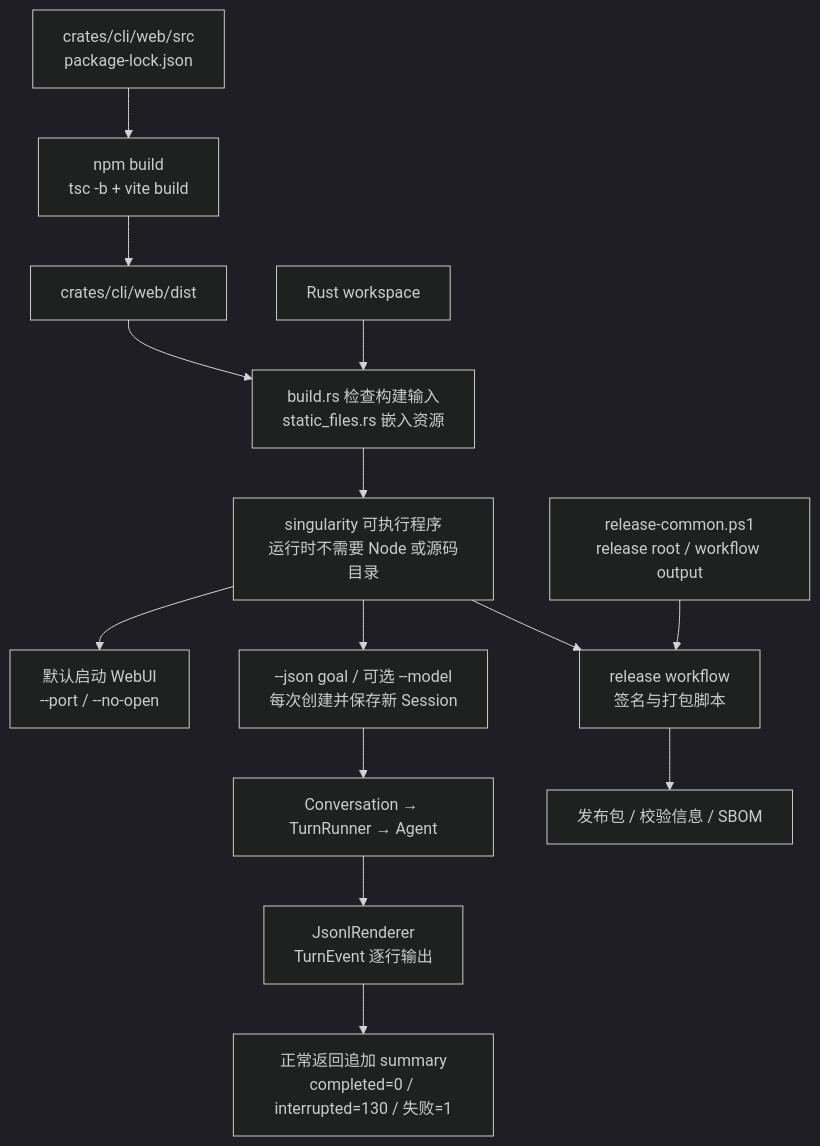
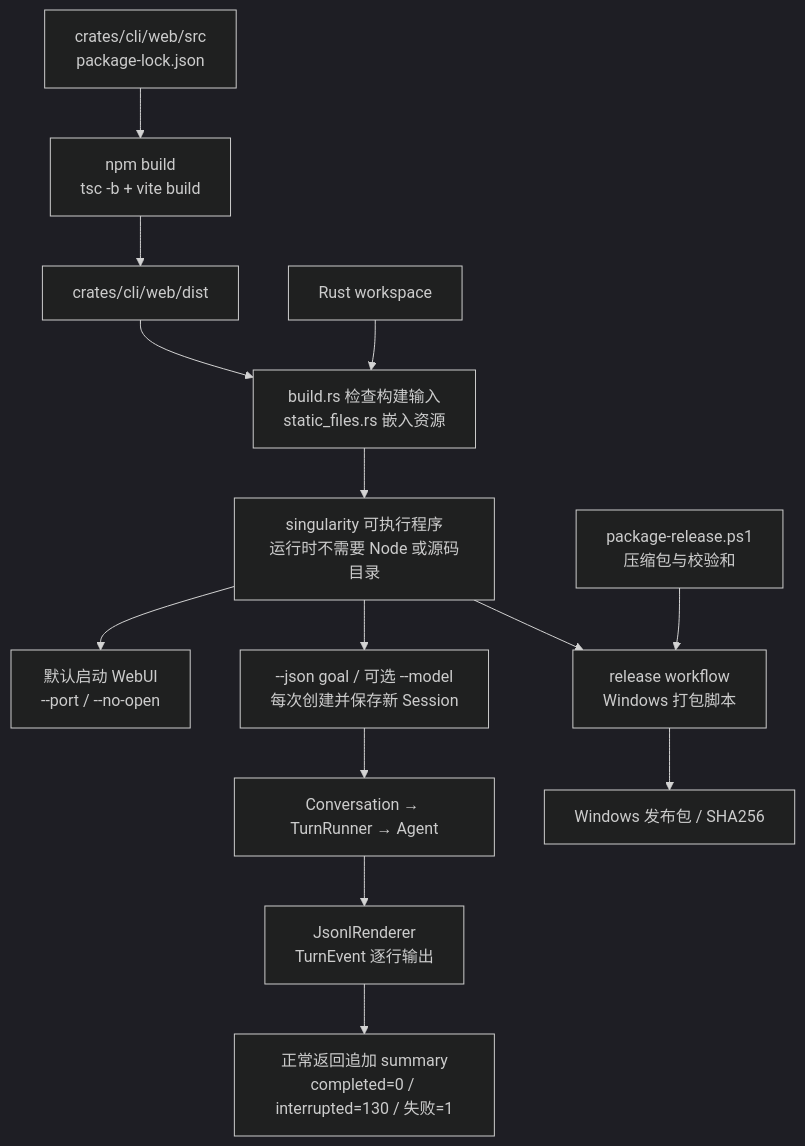
Before and after one commit to qjcnmd/singularity-agent: diagram 29 of 29 in docs/singularity.md, drawn with Mermaid (dark theme). The commit also changed other lines of this file and 99 other files, not shown here.

````diff
--- a/docs/singularity.md
+++ b/docs/singularity.md
@@ -765,16 +758,16 @@
 ```mermaid
 flowchart TB
     React["crates/cli/web/src<br/>package-lock.json"] --> Build["npm build<br/>tsc -b + vite build"]
     Build --> Dist["crates/cli/web/dist"]
     Dist --> Cargo["build.rs 检查构建输入<br/>static_files.rs 嵌入资源"]
     Rust["Rust workspace"] --> Cargo
     Cargo --> Binary["singularity 可执行程序<br/>运行时不需要 Node 或源码目录"]
     Binary --> Web["默认启动 WebUI<br/>--port / --no-open"]
     Binary --> JSON["--json goal / 可选 --model<br/>每次创建并保存新 Session"]
     JSON --> Runtime["Conversation → TurnRunner → Agent"]
     Runtime --> Renderer["JsonlRenderer<br/>TurnEvent 逐行输出"]
     Renderer --> Summary["正常返回追加 summary<br/>completed=0 / interrupted=130 / 失败=1"]
-    Binary --> Release["release workflow<br/>签名与打包脚本"]
-    Shared["release-common.ps1<br/>release root / workflow output"] --> Release
-    Release --> Artifacts["发布包 / 校验信息 / SBOM"]
+    Binary --> Release["release workflow<br/>Windows 打包脚本"]
+    Package["package-release.ps1<br/>压缩包与校验和"] --> Release
+    Release --> Artifacts["Windows 发布包 / SHA256"]
 ```
````
